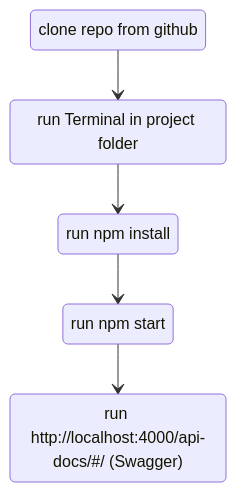
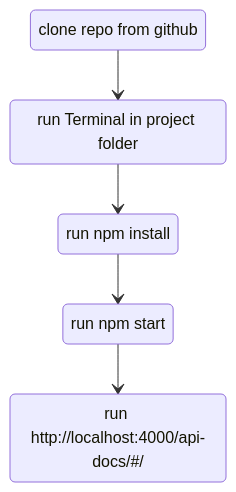
The diagram in README.md (justdReas/right2drive-backend), drawn with Mermaid before and after one commit. The commit also changed other lines of this file, not shown here.

````diff
--- a/README.md
+++ b/README.md
@@ -64,12 +40,12 @@
 ```mermaid
 stateDiagram
     A: clone repo from github
     B: run Terminal in project folder
     C: run npm install
     D: run npm start
-    E: run http://localhost:4000/api-docs/#/ (Swagger)
+    E: run http://localhost:4000/api-docs/#/
     A --> B
     B --> C
     C --> D
     D --> E
 ```
````
